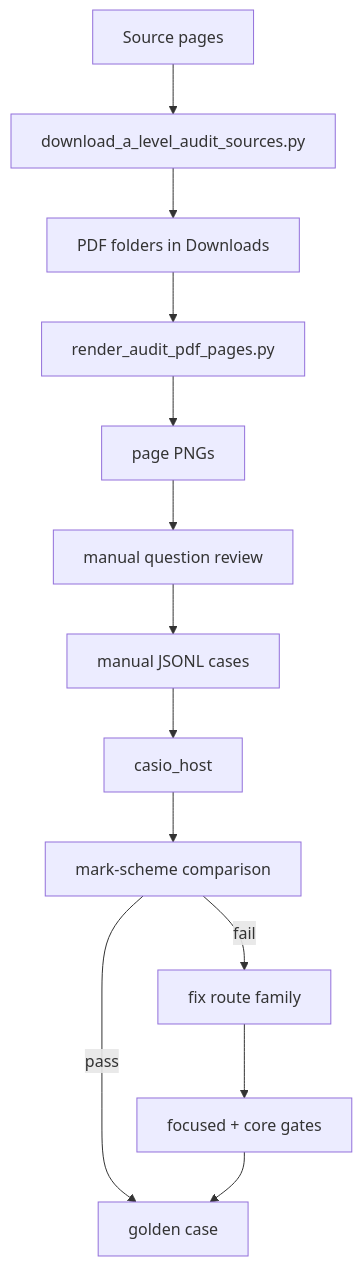
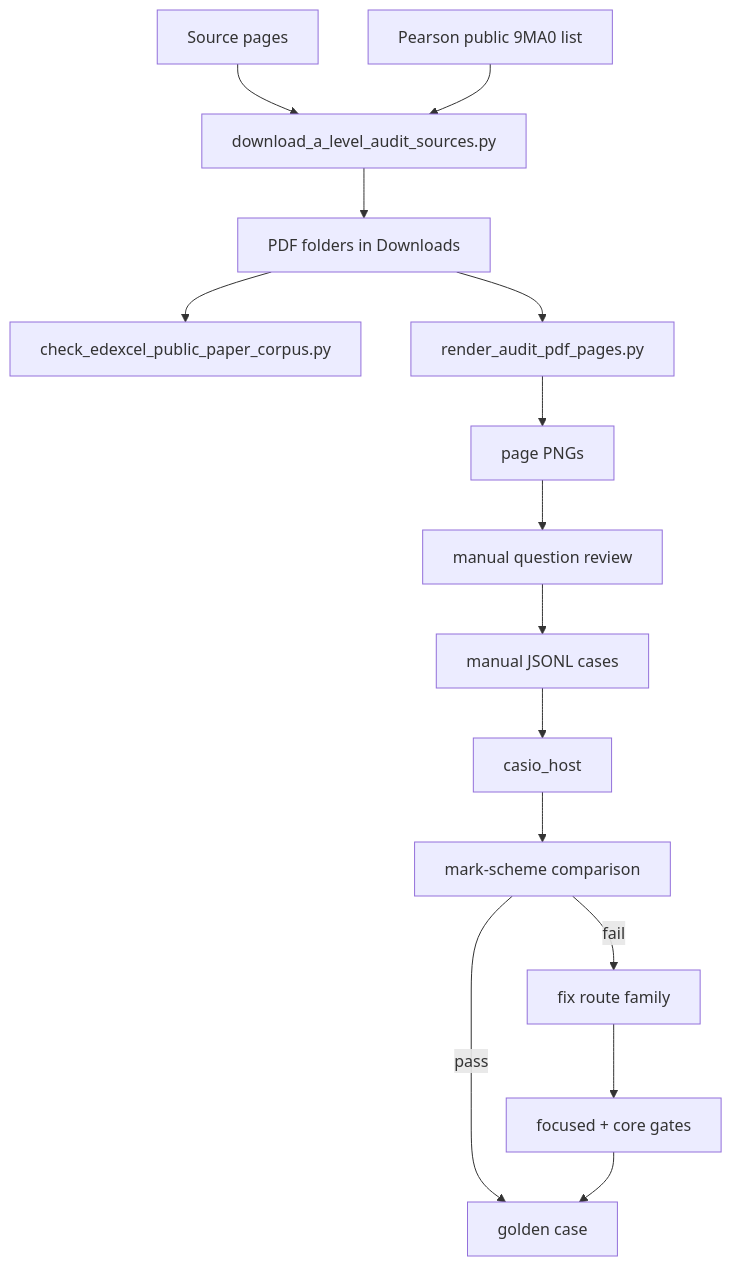
One commit to james8464/notes-addin-casio-fx-cg50 changed the diagram in c++/tools/golden/a_level_audit_graph.md. Above: the diagram before and after it, drawn with Mermaid. The commit also changed 5 other files, not shown here.

Commit message:
Verify public Edexcel paper corpus

````diff
--- a/c++/tools/golden/a_level_audit_graph.md
+++ b/c++/tools/golden/a_level_audit_graph.md
@@ -3,15 +3,17 @@
 ```mermaid
 graph TD
   S["Source pages"] --> D["download_a_level_audit_sources.py"]
+  O["Pearson public 9MA0 list"] --> D
   D --> P["PDF folders in Downloads"]
+  P --> V["check_edexcel_public_paper_corpus.py"]
   P --> R["render_audit_pdf_pages.py"]
   R --> I["page PNGs"]
   I --> M["manual question review"]
   M --> J["manual JSONL cases"]
   J --> H["casio_host"]
   H --> C["mark-scheme comparison"]
   C -->|pass| G["golden case"]
   C -->|fail| F["fix route family"]
   F --> T["focused + core gates"]
   T --> G
 ```
````
